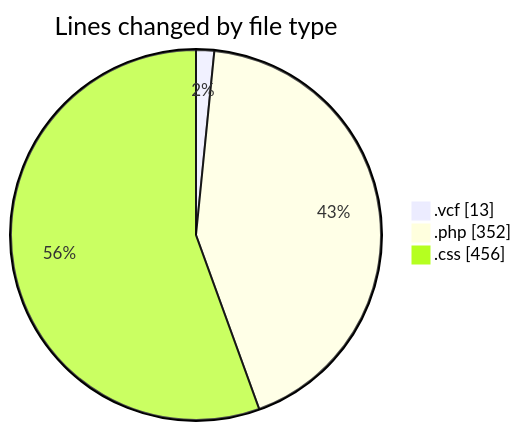
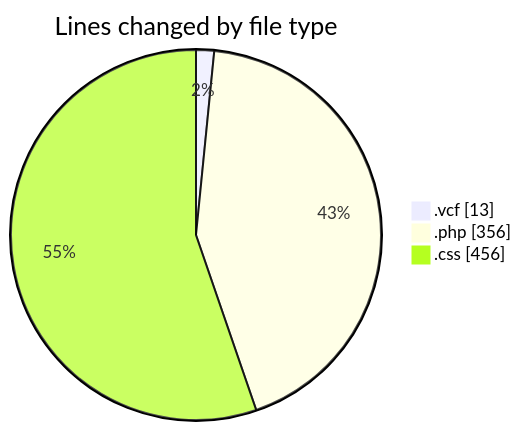
Before and after one commit to LanceThiago/code-tracking: the first of 2 diagrams in 2025-06-03/totem/README.md, drawn with Mermaid. The commit also changed other lines of this file and 1 other file, not shown here.

````diff
--- a/2025-06-03/totem/README.md
+++ b/2025-06-03/totem/README.md
@@ -24,7 +24,7 @@
 ```mermaid
 pie showData
 title Lines changed by file type
 ".vcf" : 13
-".php" : 352
+".php" : 356
 ".css" : 456
 ```
````
